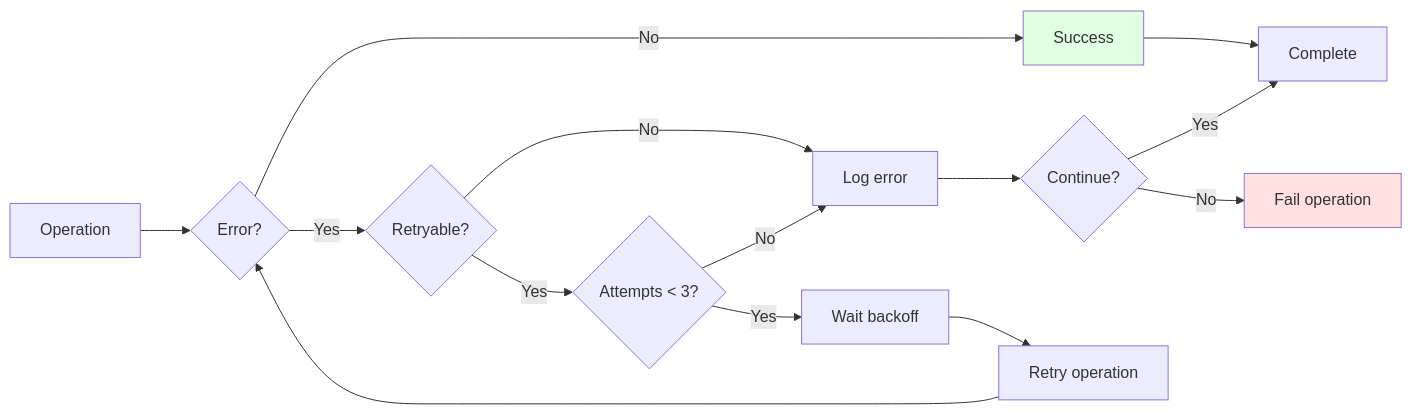
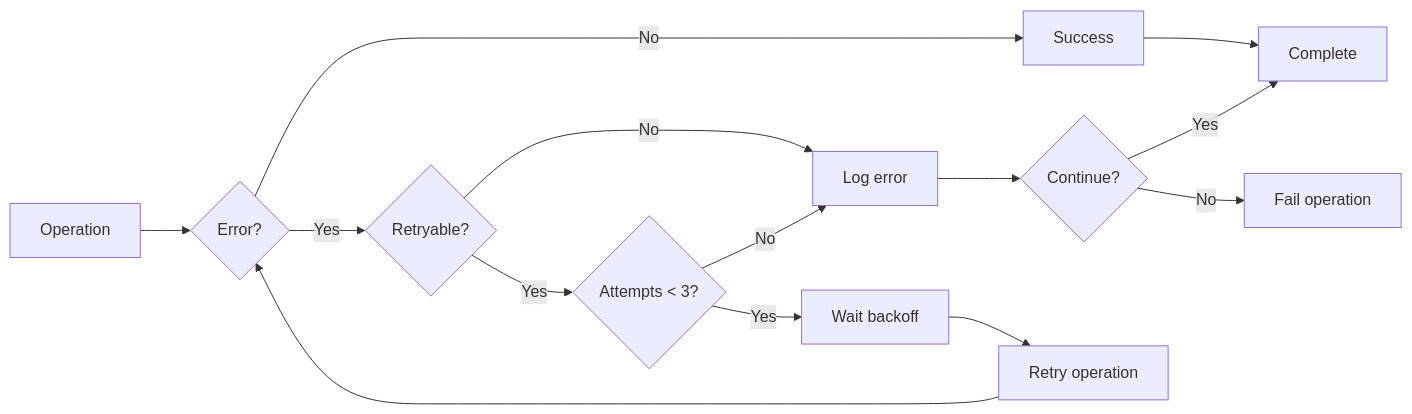
The fifth of 12 diagrams in docs/import/visual-overview.md (DaxServer/geocode-commons-categories), drawn with Mermaid before and after one commit. The commit also changed other lines of this file and 5 other files, not shown here.

````diff
--- a/docs/import/visual-overview.md
+++ b/docs/import/visual-overview.md
@@ -142,25 +131,23 @@
 ```mermaid
 graph LR
     START[Operation] --> ERROR{Error?}
 
     ERROR -->|No| SUCCESS[Success]
     ERROR -->|Yes| RETRYABLE{Retryable?}
 
     RETRYABLE -->|No| LOG[Log error]
     RETRYABLE -->|Yes| ATTEMPTS{Attempts < 3?}
 
     ATTEMPTS -->|No| LOG
     ATTEMPTS -->|Yes| DELAY[Wait backoff]
 
     DELAY --> RETRY[Retry operation]
     RETRY --> ERROR
 
     SUCCESS --> END[Complete]
     LOG --> CONTINUE{Continue?}
 
     CONTINUE -->|Yes| END
     CONTINUE -->|No| FAIL[Fail operation]
 
-    style SUCCESS fill:#e1ffe1
-    style FAIL fill:#ffe1e1
 ```
````
